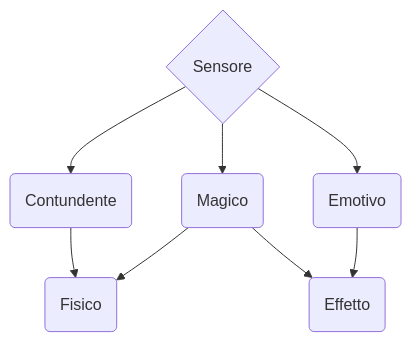
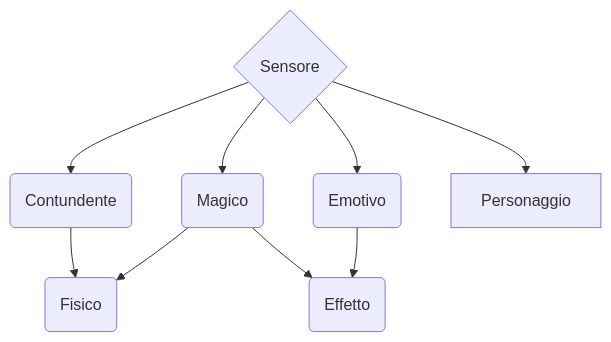
Before and after one commit to SerpenTaki/ProgettoP2: the diagram in Readme.md, drawn with Mermaid.

`````diff
--- a/Readme.md
+++ b/Readme.md
@@ -1,10 +1,11 @@
 ```mermaid
 flowchart TD
 B{Sensore}-->C(Contundente)
 B-->D(Magico)
 B-->E(Emotivo)
 C-->F(Fisico)
 D-->F
 D-->G(Effetto)
 E-->G
+B-->H[Personaggio]
 ````
`````
